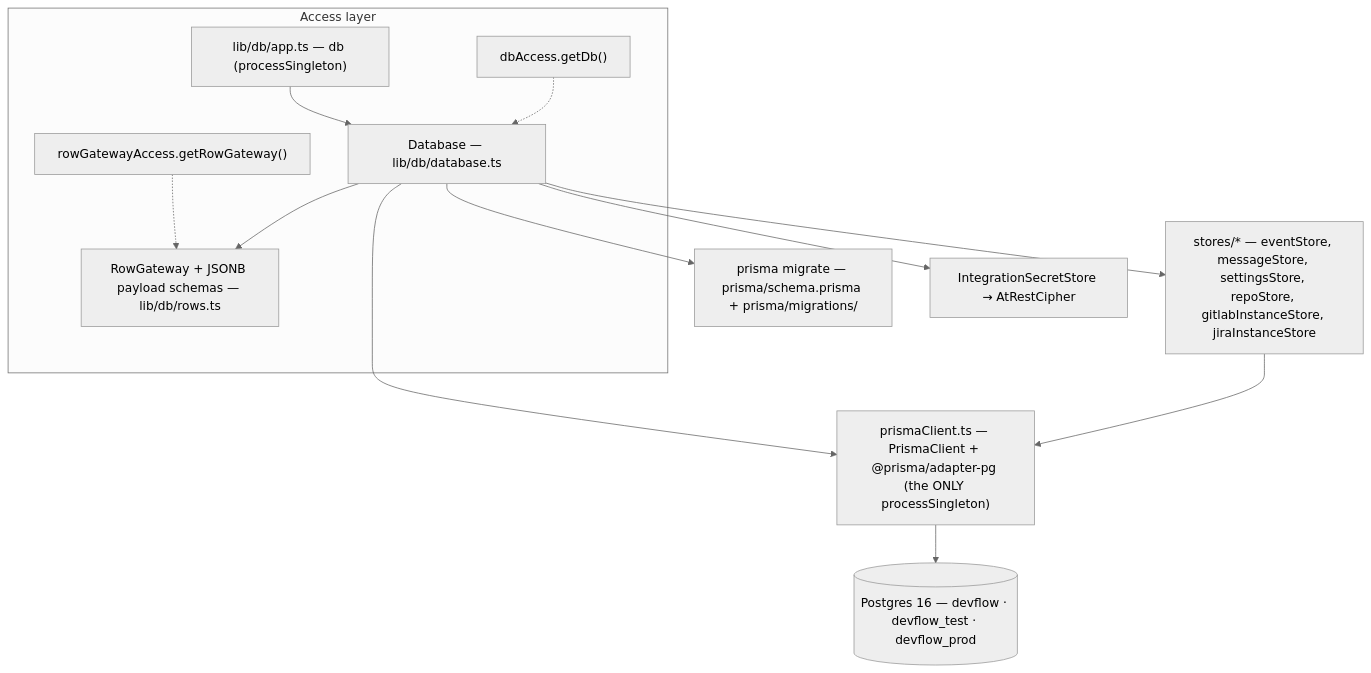
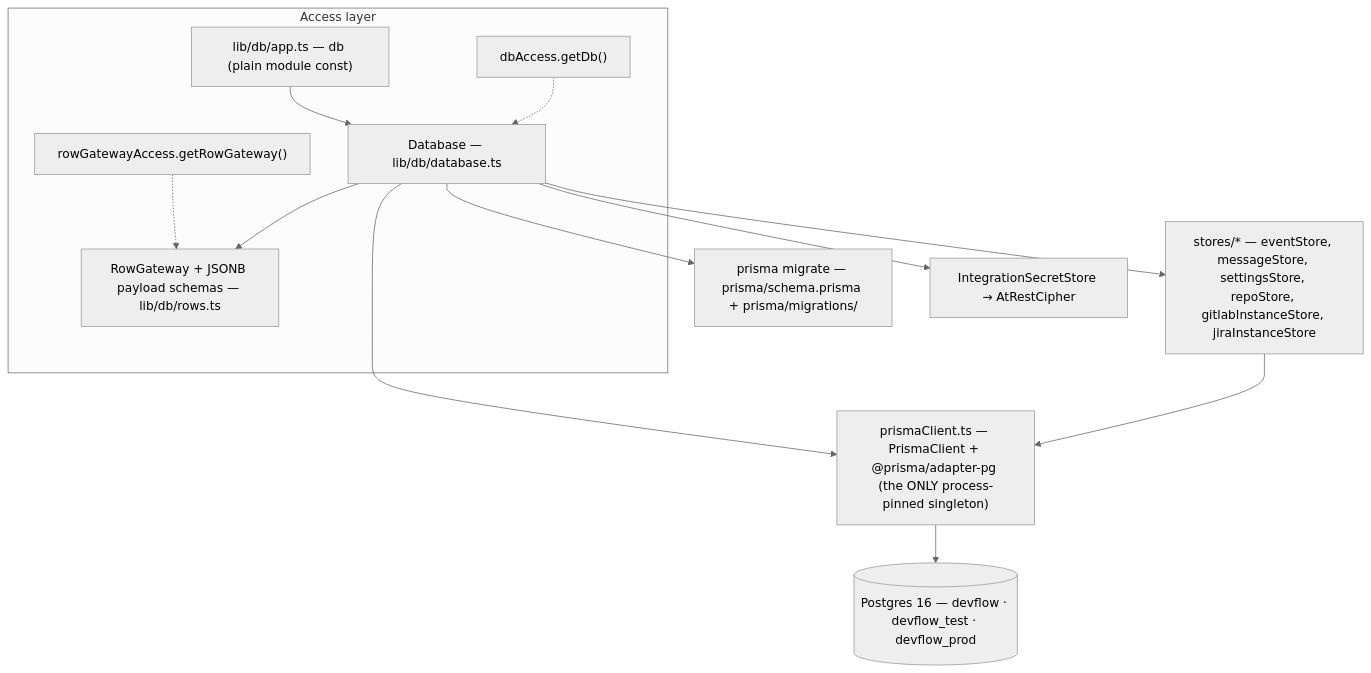
The diagram in docs/architecture/database.md (CodeThatBreak/ship), drawn with Mermaid (neutral theme) before and after one commit. The commit also changed other lines of this file and 17 other files, not shown here.

Commit message:
docs(step-09): consistency sweep — README/AGENTS/coding-patterns/architecture docs match the overhauled engine; review backlog and DoD checklist updated

````diff
--- a/docs/architecture/database.md
+++ b/docs/architecture/database.md
@@ -47,15 +49,15 @@
 ```mermaid
 flowchart TD
   subgraph access [Access layer]
-    APP["lib/db/app.ts — db (processSingleton)"] --> DB["Database — lib/db/database.ts"]
+    APP["lib/db/app.ts — db (plain module const)"] --> DB["Database — lib/db/database.ts"]
     DBA["dbAccess.getDb()"] -.-> DB
     RGA["rowGatewayAccess.getRowGateway()"] -.-> RG
   end
-  DB --> PC["prismaClient.ts — PrismaClient + @prisma/adapter-pg (the ONLY processSingleton)"]
+  DB --> PC["prismaClient.ts — PrismaClient + @prisma/adapter-pg (the ONLY process-pinned singleton)"]
   DB --> RG["RowGateway + JSONB payload schemas — lib/db/rows.ts"]
   DB --> ST["stores/* — eventStore, messageStore, settingsStore, repoStore, gitlabInstanceStore, jiraInstanceStore"]
   ST --> PC
   DB --> MIG["prisma migrate — prisma/schema.prisma + prisma/migrations/"]
   DB --> SEC["IntegrationSecretStore → AtRestCipher"]
   PC --> PG[("Postgres 16 — devflow · devflow_test · devflow_prod")]
 ```
````
